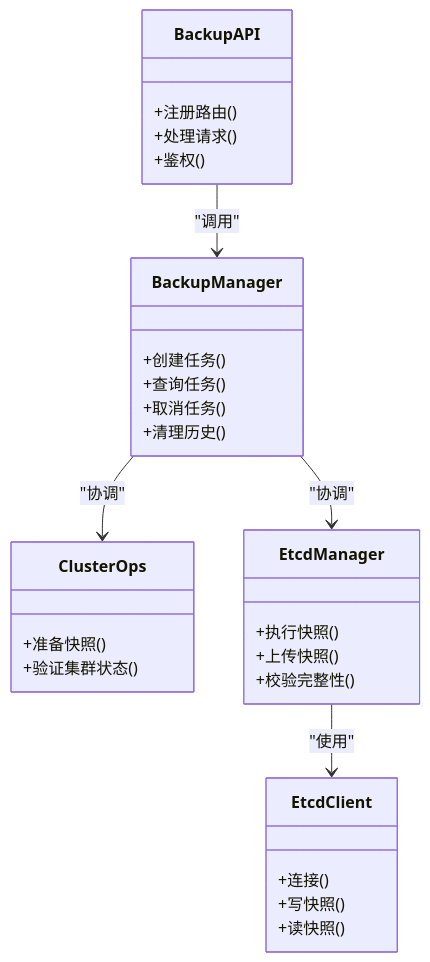
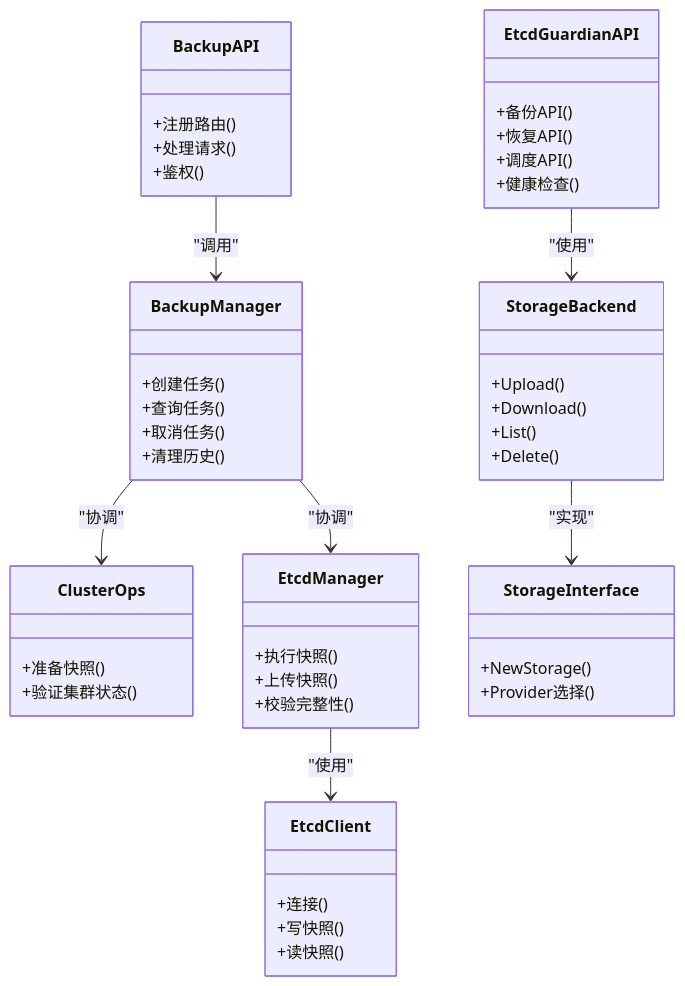
The third of 3 diagrams in .qoder/repowiki/zh/content/API参考/统一API (v1)/备份恢复API.md (kudig-io/klaw), drawn with Mermaid before and after one commit. The commit also changed other lines of this file and 237 other files, not shown here.

````diff
--- a/.qoder/repowiki/zh/content/API参考/统一API (v1)/备份恢复API.md
+++ b/.qoder/repowiki/zh/content/API参考/统一API (v1)/备份恢复API.md
@@ -184,32 +315,50 @@
 ```mermaid
 classDiagram
 class BackupAPI {
 +注册路由()
 +处理请求()
 +鉴权()
 }
 class BackupManager {
 +创建任务()
 +查询任务()
 +取消任务()
 +清理历史()
 }
 class ClusterOps {
 +准备快照()
 +验证集群状态()
 }
 class EtcdManager {
 +执行快照()
 +上传快照()
 +校验完整性()
 }
 class EtcdClient {
 +连接()
 +写快照()
 +读快照()
 }
+class EtcdGuardianAPI {
++备份API()
++恢复API()
++调度API()
++健康检查()
+}
+class StorageBackend {
++Upload()
++Download()
++List()
++Delete()
+}
+class StorageInterface {
++NewStorage()
++Provider选择()
+}
 BackupAPI --> BackupManager : "调用"
 BackupManager --> ClusterOps : "协调"
 BackupManager --> EtcdManager : "协调"
 EtcdManager --> EtcdClient : "使用"
+EtcdGuardianAPI --> StorageBackend : "使用"
+StorageBackend --> StorageInterface : "实现"
 ```
````
